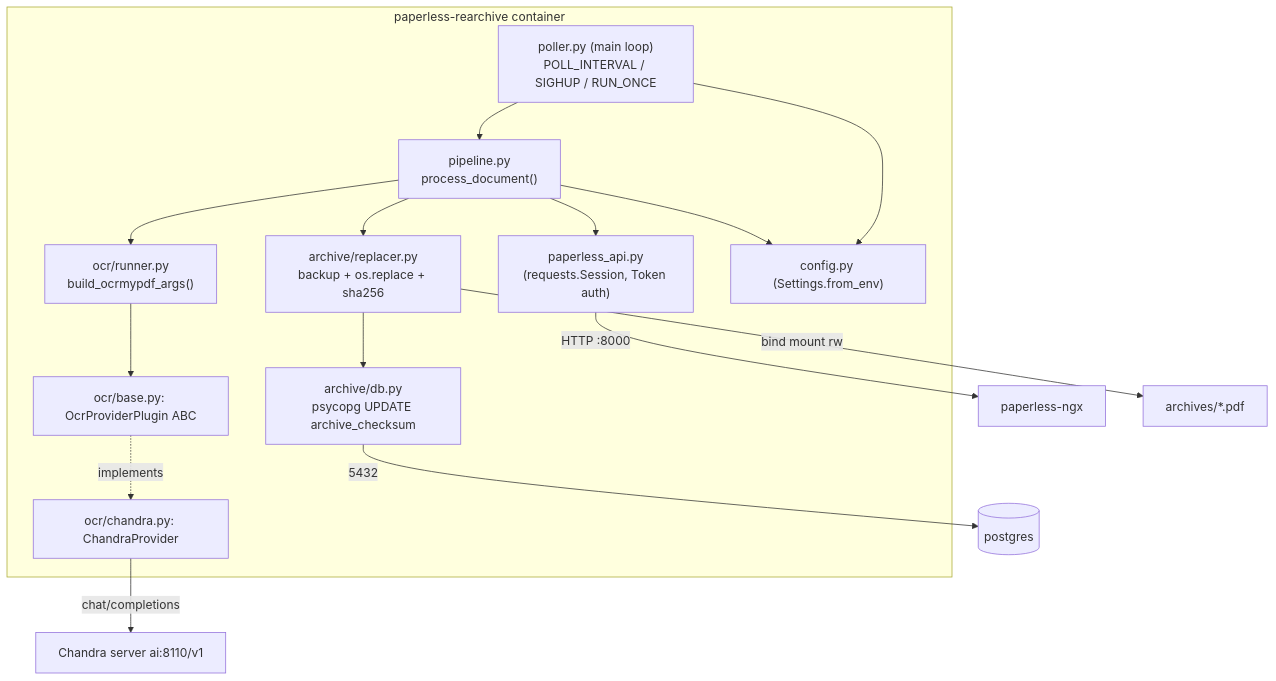
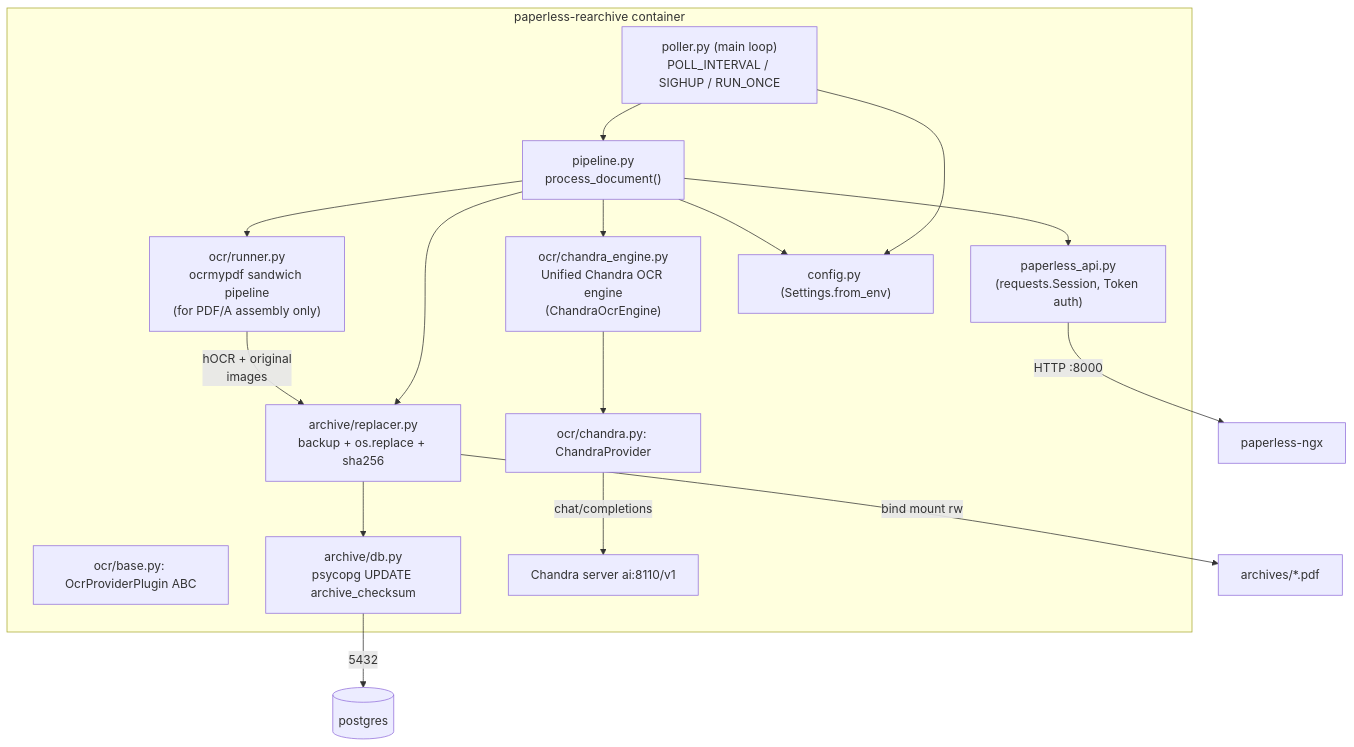
One commit to strichte/paperless-rearchive changed the first of 3 diagrams in doc/PLANNING.md. Above: the diagram before and after it, drawn with Mermaid. The commit also changed other lines of this file and 4 other files, not shown here.

Commit message:
Implement unified Chandra OCR engine with page-level error tracking and split Markdown only or PDF/A assembly + Markdown

````diff
--- a/doc/PLANNING.md
+++ b/doc/PLANNING.md
@@ -80,27 +95,29 @@
 ```mermaid
 flowchart TB
     subgraph container["paperless-rearchive container"]
         MAIN["poller.py (main loop)<br/>POLL_INTERVAL / SIGHUP / RUN_ONCE"]
         PIPE["pipeline.py<br/>process_document()"]
         API["paperless_api.py<br/>(requests.Session, Token auth)"]
-        RUN["ocr/runner.py<br/>build_ocrmypdf_args()"]
+        ENGINE["ocr/chandra_engine.py<br/>Unified Chandra OCR engine<br/>(ChandraOcrEngine)"]
+        PDF["ocr/runner.py<br/>ocrmypdf sandwich pipeline<br/>(for PDF/A assembly only)"]
         PROV["ocr/base.py: OcrProviderPlugin ABC"]
         CHAN["ocr/chandra.py: ChandraProvider"]
         REP["archive/replacer.py<br/>backup + os.replace + sha256"]
         DBM["archive/db.py<br/>psycopg UPDATE archive_checksum"]
         CFG["config.py (Settings.from_env)"]
         MAIN --> CFG
         MAIN --> PIPE
         PIPE --> API
-        PIPE --> RUN
-        RUN --> PROV
-        PROV -.implements.-> CHAN
+        PIPE --> ENGINE
+        ENGINE --> CHAN
+        CHAN -- "chat/completions" --> LLM["Chandra server ai:8110/v1"]
         PIPE --> REP
         REP --> DBM
         PIPE --> CFG
+        PIPE --> PDF
+        PDF -- "hOCR + original<br/>images" --> REP
     end
     API -- "HTTP :8000" --> PLX["paperless-ngx"]
-    CHAN -- "chat/completions" --> LLM["Chandra server ai:8110/v1"]
     REP -- "bind mount rw" --> ARC["archives/*.pdf"]
     DBM -- "5432" --> PG[("postgres")]
 ```
````
